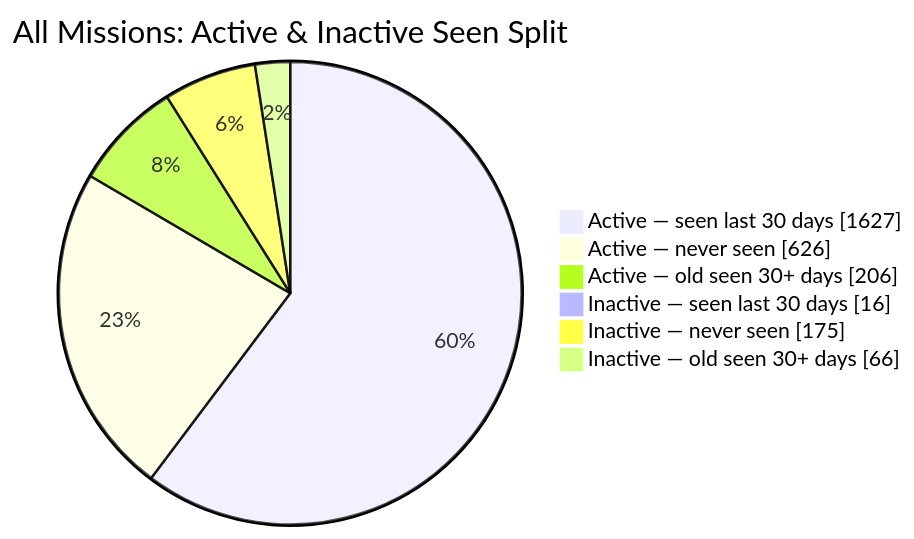
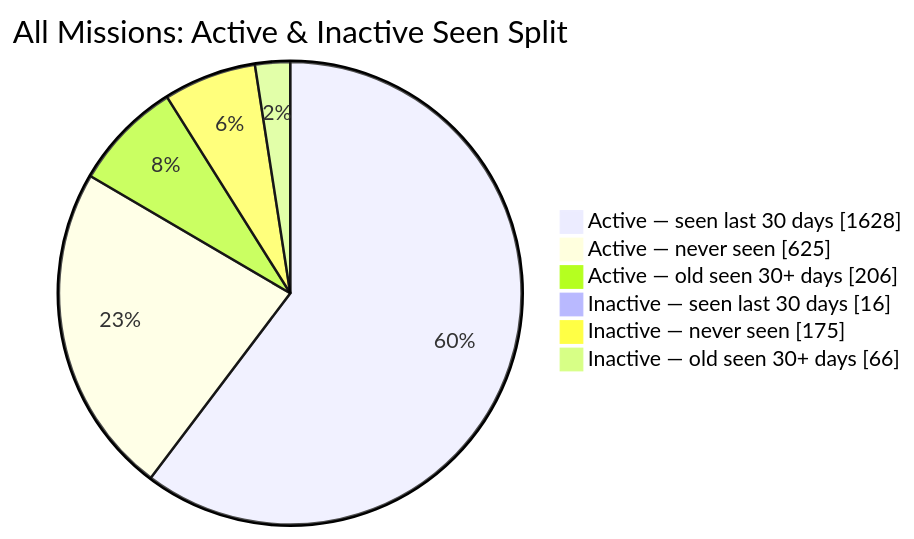
The second of 2 diagrams in README.md (MeldkamerspelGameTeam/active-missions), drawn with Mermaid before and after one commit. The commit also changed other lines of this file and 2 other files, not shown here.

````diff
--- a/README.md
+++ b/README.md
@@ -44,10 +44,10 @@
 ```mermaid
 pie showData
     title All Missions: Active & Inactive Seen Split
-    "Active — seen last 30 days" : 1627
-    "Active — never seen" : 626
+    "Active — seen last 30 days" : 1628
+    "Active — never seen" : 625
     "Active — old seen 30+ days" : 206
     "Inactive — seen last 30 days" : 16
     "Inactive — never seen" : 175
     "Inactive — old seen 30+ days" : 66
 ```
````
